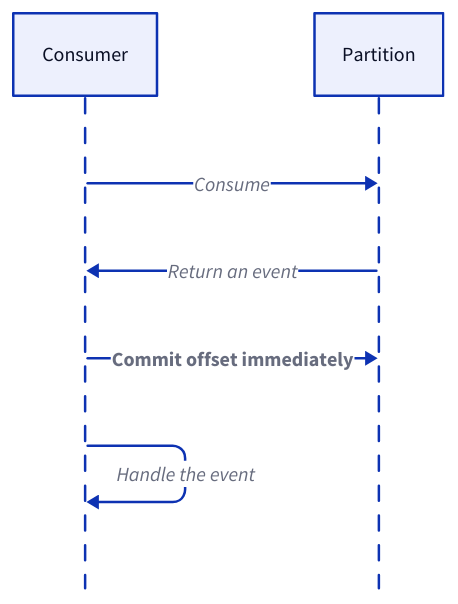
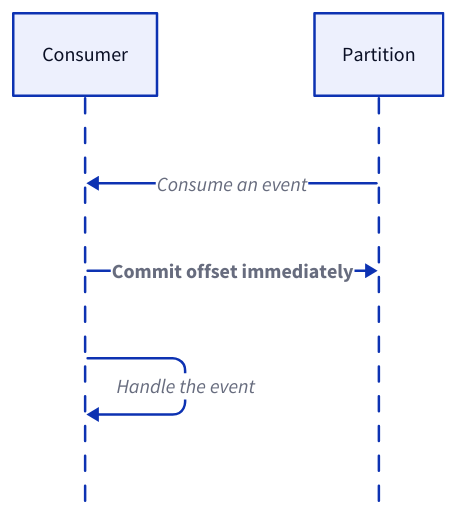
Before and after one commit to link1905/system-design-101: the fifth of 14 diagrams in content/docs/data-persistence/event-streaming-platform/delivery-semantics.md, drawn with D2. The commit also changed other lines of this file and 49 other files, not shown here.

````diff
--- a/content/docs/data-persistence/event-streaming-platform/delivery-semantics.md
+++ b/content/docs/data-persistence/event-streaming-platform/delivery-semantics.md
@@ -122,15 +124,14 @@
 ```d2
 shape: sequence_diagram
 c: Consumer {
     class: client
 }
 q: Partition {
     class: mq
 }
-c -> q: Consume
-q -> c: Return an event
+c <- q: Consume an event
 c -> q: Commit offset immediately {
     style.bold: true
 }
 c -> c: Handle the event
 ```
````
